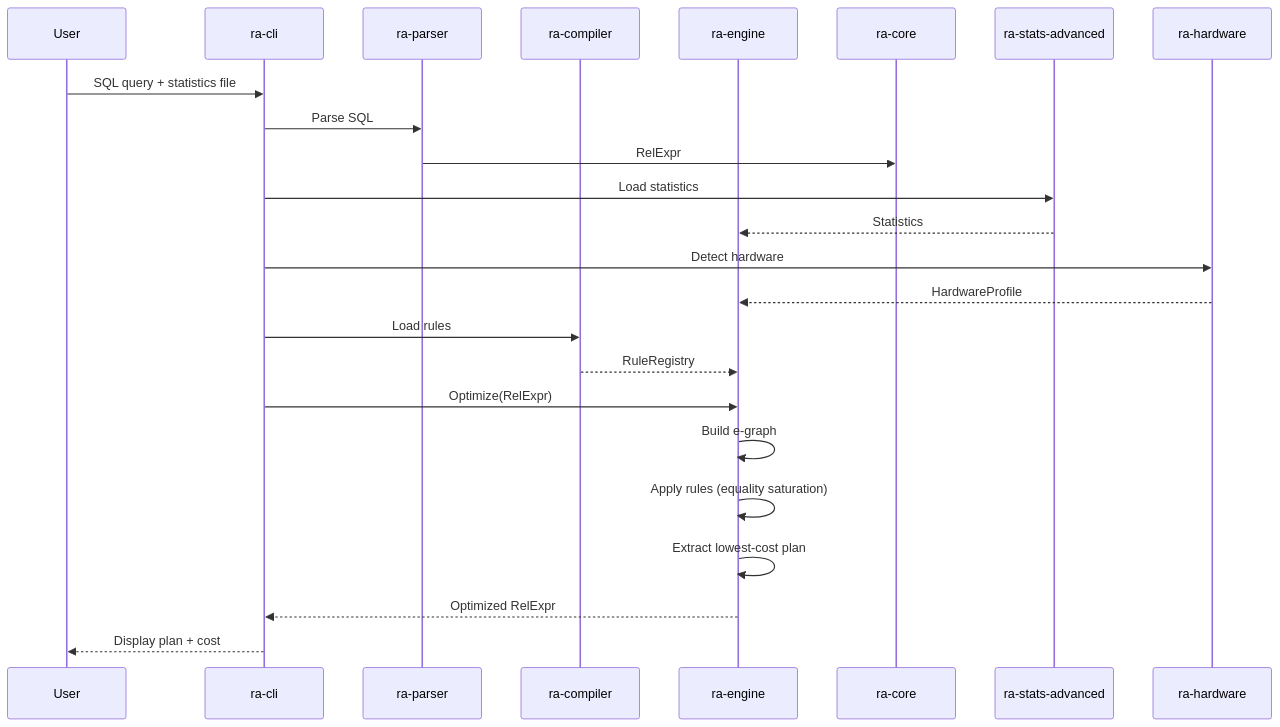
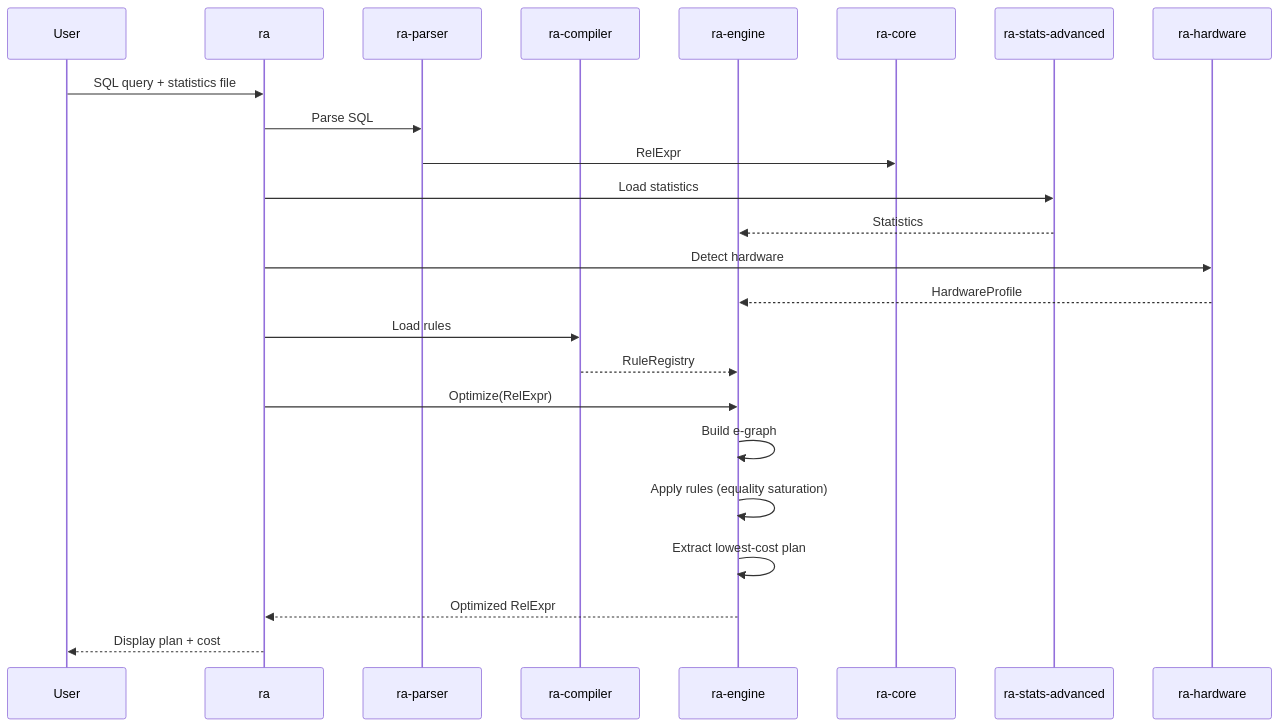
One commit to gburd/ra changed the fourth of 4 diagrams in docs/maintainers/components.md. Above: the diagram before and after it, drawn with Mermaid. The commit also changed other lines of this file and 40 other files, not shown here.

````diff
--- a/docs/maintainers/components.md
+++ b/docs/maintainers/components.md
@@ -445,27 +445,27 @@
 ```mermaid
 sequenceDiagram
     participant User
-    participant CLI as ra-cli
+    participant CLI as ra
     participant Parser as ra-parser
     participant Compiler as ra-compiler
     participant Engine as ra-engine
     participant Core as ra-core
     participant Stats as ra-stats-advanced
     participant HW as ra-hardware
 
     User->>CLI: SQL query + statistics file
     CLI->>Parser: Parse SQL
     Parser->>Core: RelExpr
     CLI->>Stats: Load statistics
     Stats-->>Engine: Statistics
     CLI->>HW: Detect hardware
     HW-->>Engine: HardwareProfile
     CLI->>Compiler: Load rules
     Compiler-->>Engine: RuleRegistry
     CLI->>Engine: Optimize(RelExpr)
     Engine->>Engine: Build e-graph
     Engine->>Engine: Apply rules (equality saturation)
     Engine->>Engine: Extract lowest-cost plan
     Engine-->>CLI: Optimized RelExpr
     CLI-->>User: Display plan + cost
 ```
````
